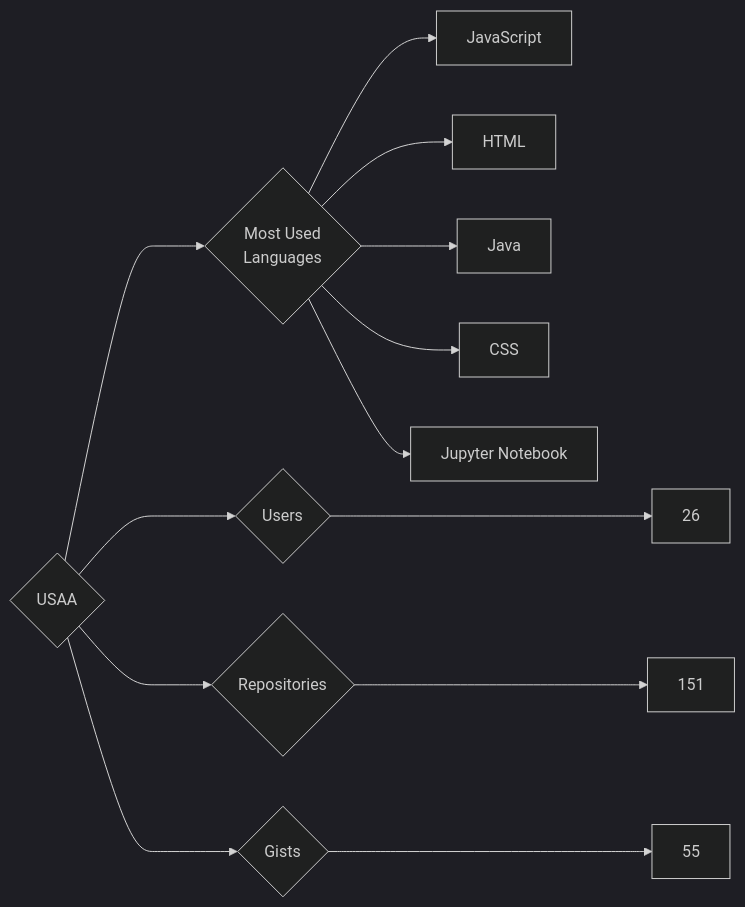
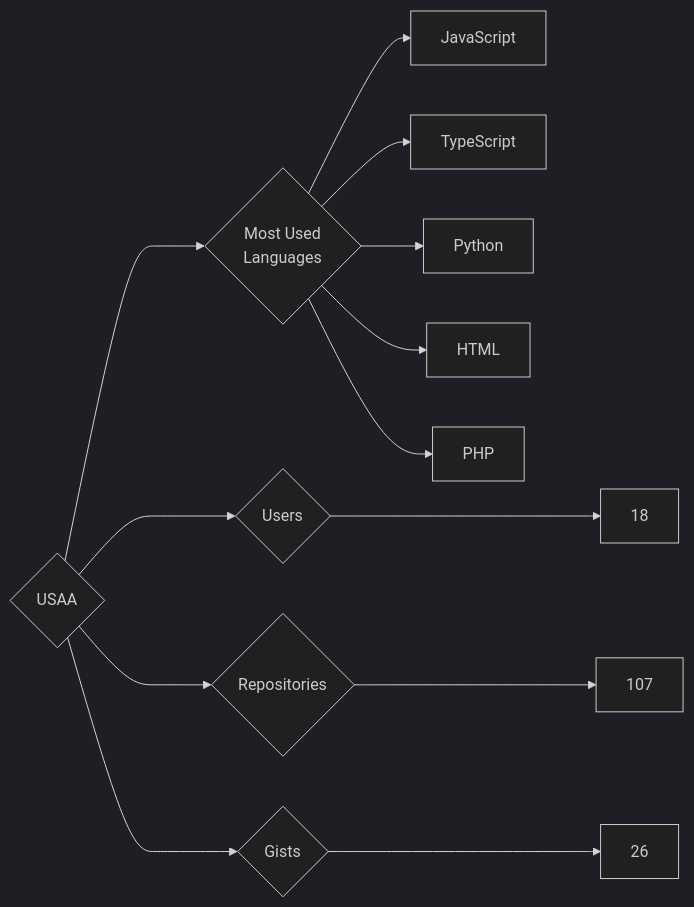
One commit to trickest/insiders changed the diagram in targets/USAA/README.md. Above: the diagram before and after it, drawn with Mermaid (dark theme). The commit also changed 912 other files, not shown here.

````diff
--- a/targets/USAA/README.md
+++ b/targets/USAA/README.md
@@ -3,13 +3,13 @@
 ```mermaid
 graph LR
 COMPANY_NAME{USAA}
-COMPANY_NAME ---> U{Users} ---> UN[26]
-COMPANY_NAME ---> R{Repositories} ---> RN[151]
-COMPANY_NAME ---> G{Gists} ---> GN[55]
+COMPANY_NAME ---> U{Users} ---> UN[18]
+COMPANY_NAME ---> R{Repositories} ---> RN[107]
+COMPANY_NAME ---> G{Gists} ---> GN[26]
 COMPANY_NAME ---> ML{Most Used<br>Languages}
 ML --> JavaScript[JavaScript]
+ML --> TypeScript[TypeScript]
+ML --> Python[Python]
 ML --> HTML[HTML]
-ML --> Java[Java]
-ML --> CSS[CSS]
-ML --> Jupyter_Notebook[Jupyter Notebook]
+ML --> PHP[PHP]
 ```
````
